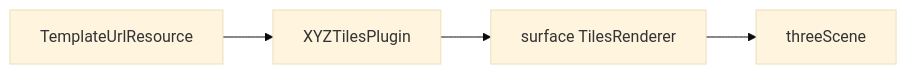
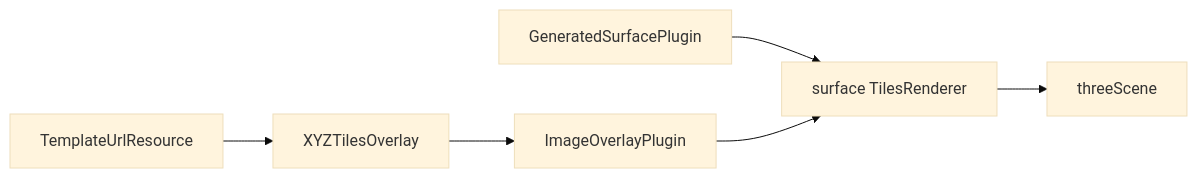
Before and after one commit to cyanfish-x/tellux: the second of 5 diagrams in docs/3d-tiles-renderer-plugins-and-overlays.md, drawn with Mermaid (base theme). The commit also changed other lines of this file and 19 other files, not shown here.

Commit message:
完成数据源切换案例；完成图层架构重构与确立；

````diff
--- a/docs/3d-tiles-renderer-plugins-and-overlays.md
+++ b/docs/3d-tiles-renderer-plugins-and-overlays.md
@@ -406,6 +407,8 @@
 ```mermaid
 flowchart LR
-  TemplateUrlResource --> XYZTilesPlugin
-  XYZTilesPlugin --> SurfaceTileset["surface TilesRenderer"]
+  TemplateUrlResource --> XYZTilesOverlay
+  GeneratedSurfacePlugin --> SurfaceTileset["surface TilesRenderer"]
+  XYZTilesOverlay --> ImageOverlayPlugin
+  ImageOverlayPlugin --> SurfaceTileset
   SurfaceTileset --> Scene["threeScene"]
 ```
````
